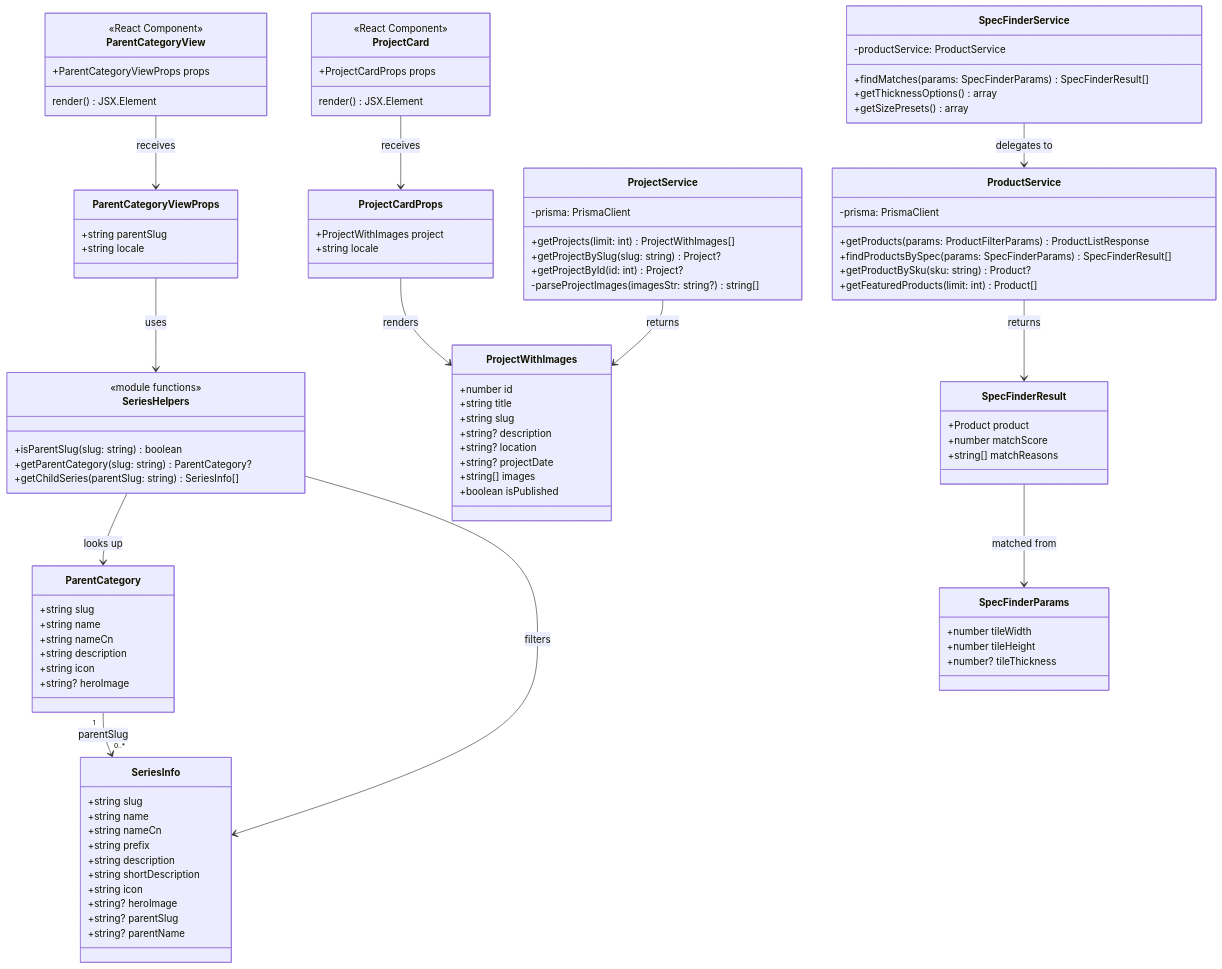
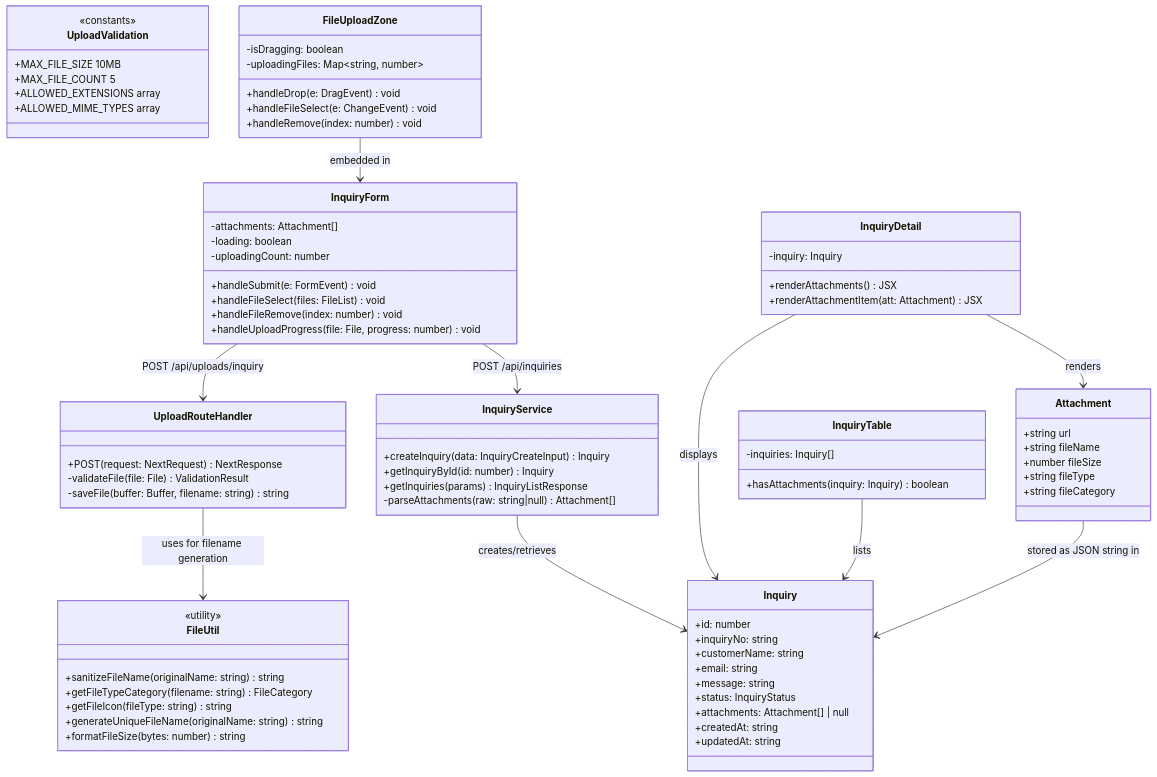
One commit to xmxiaoshengjun-code/-stoneatand.com changed the diagram in docs/class-diagram.mermaid. Above: the diagram before and after it, drawn with Mermaid. The commit also changed 22 other files, not shown here.

```diff
--- a/docs/class-diagram.mermaid
+++ b/docs/class-diagram.mermaid
@@ -1,113 +1,89 @@
-%% Class Diagram: Product Listing UX Optimization
-%% Source: docs/ARCH-ProductListing-UX.md
-
 classDiagram
-    class ParentCategory {
-        +string slug
-        +string name
-        +string nameCn
-        +string description
-        +string icon
-        +string? heroImage
+    class Attachment {
+        +string url
+        +string fileName
+        +number fileSize
+        +string fileType
+        +string fileCategory
     }
 
-    class SeriesInfo {
-        +string slug
-        +string name
-        +string nameCn
-        +string prefix
-        +string description
-        +string shortDescription
-        +string icon
-        +string? heroImage
-        +string? parentSlug
-        +string? parentName
+    class UploadValidation {
+        <<constants>>
+        +MAX_FILE_SIZE 10MB
+        +MAX_FILE_COUNT 5
+        +ALLOWED_EXTENSIONS array
+        +ALLOWED_MIME_TYPES array
     }
 
-    class SeriesHelpers {
-        <<module functions>>
-        +isParentSlug(slug: string) boolean
-        +getParentCategory(slug: string) ParentCategory?
-        +getChildSeries(parentSlug: string) SeriesInfo[]
+    class FileUtil {
+        <<utility>>
+        +sanitizeFileName(originalName: string) string
+        +getFileTypeCategory(filename: string) FileCategory
+        +getFileIcon(fileType: string) string
+        +generateUniqueFileName(originalName: string) string
+        +formatFileSize(bytes: number) string
     }
 
-    class ParentCategoryViewProps {
-        +string parentSlug
-        +string locale
+    class InquiryForm {
+        -attachments: Attachment[]
+        -loading: boolean
+        -uploadingCount: number
+        +handleSubmit(e: FormEvent) void
+        +handleFileSelect(files: FileList) void
+        +handleFileRemove(index: number) void
+        +handleUploadProgress(file: File, progress: number) void
     }
 
-    class ParentCategoryView {
-        <<React Component>>
-        +ParentCategoryViewProps props
-        render() JSX.Element
+    class FileUploadZone {
+        -isDragging: boolean
+        -uploadingFiles: Map~string, number~
+        +handleDrop(e: DragEvent) void
+        +handleFileSelect(e: ChangeEvent) void
+        +handleRemove(index: number) void
     }
 
-    class ProjectCardProps {
-        +ProjectWithImages project
-        +string locale
+    class UploadRouteHandler {
+        +POST(request: NextRequest) NextResponse
+        -validateFile(file: File) ValidationResult
+        -saveFile(buffer: Buffer, filename: string) string
     }
 
-    class ProjectCard {
-        <<React Component>>
-        +ProjectCardProps props
-        render() JSX.Element
+    class InquiryService {
+        +createInquiry(data: InquiryCreateInput) Inquiry
+        +getInquiryById(id: number) Inquiry
+        +getInquiries(params) InquiryListResponse
+        -parseAttachments(raw: string|null) Attachment[]
     }
 
-    class ProjectWithImages {
-        +number id
-        +string title
-        +string slug
-        +string? description
-        +string? location
-        +string? projectDate
-        +string[] images
-        +boolean isPublished
+    class Inquiry {
+        +id: number
+        +inquiryNo: string
+        +customerName: string
+        +email: string
+        +message: string
+        +status: InquiryStatus
+        +attachments: Attachment[] | null
+        +createdAt: string
+        +updatedAt: string
     }
 
-    class SpecFinderResult {
-        +Product product
-        +number matchScore
-        +string[] matchReasons
+    class InquiryDetail {
+        -inquiry: Inquiry
+        +renderAttachments() JSX
+        +renderAttachmentItem(att: Attachment) JSX
     }
 
-    class SpecFinderParams {
-        +number tileWidth
-        +number tileHeight
-        +number? tileThickness
+    class InquiryTable {
+        -inquiries: Inquiry[]
+        +hasAttachments(inquiry: Inquiry) boolean
     }
 
-    class ProjectService {
-        -prisma: PrismaClient
-        +getProjects(limit: int) ProjectWithImages[]
-        +getProjectBySlug(slug: string) Project?
-        +getProjectById(id: int) Project?
-        -parseProjectImages(imagesStr: string?) string[]
-    }
-
-    class ProductService {
-        -prisma: PrismaClient
-        +getProducts(params: ProductFilterParams) ProductListResponse
-        +findProductsBySpec(params: SpecFinderParams) SpecFinderResult[]
-        +getProductBySku(sku: string) Product?
-        +getFeaturedProducts(limit: int) Product[]
-    }
-
-    class SpecFinderService {
-        -productService: ProductService
-        +findMatches(params: SpecFinderParams) SpecFinderResult[]
-        +getThicknessOptions() array
-        +getSizePresets() array
-    }
-
-    %% Relationships
-    ParentCategory "1" --> "0..*" SeriesInfo : parentSlug
-    SeriesHelpers --> ParentCategory : looks up
-    SeriesHelpers --> SeriesInfo : filters
-    ParentCategoryViewProps --> SeriesHelpers : uses
-    ParentCategoryView --> ParentCategoryViewProps : receives
-    ProjectCardProps --> ProjectWithImages : renders
-    ProjectCard --> ProjectCardProps : receives
-    SpecFinderResult --> SpecFinderParams : matched from
-    ProjectService --> ProjectWithImages : returns
-    ProductService --> SpecFinderResult : returns
-    SpecFinderService --> ProductService : delegates to
+    Attachment --> Inquiry : stored as JSON string in
+    FileUploadZone --> InquiryForm : embedded in
+    InquiryForm --> UploadRouteHandler : POST /api/uploads/inquiry
+    InquiryForm --> InquiryService : POST /api/inquiries
+    UploadRouteHandler --> FileUtil : uses for filename generation
+    InquiryService --> Inquiry : creates/retrieves
+    InquiryDetail --> Inquiry : displays
+    InquiryTable --> Inquiry : lists
+    InquiryDetail --> Attachment : renders
```
